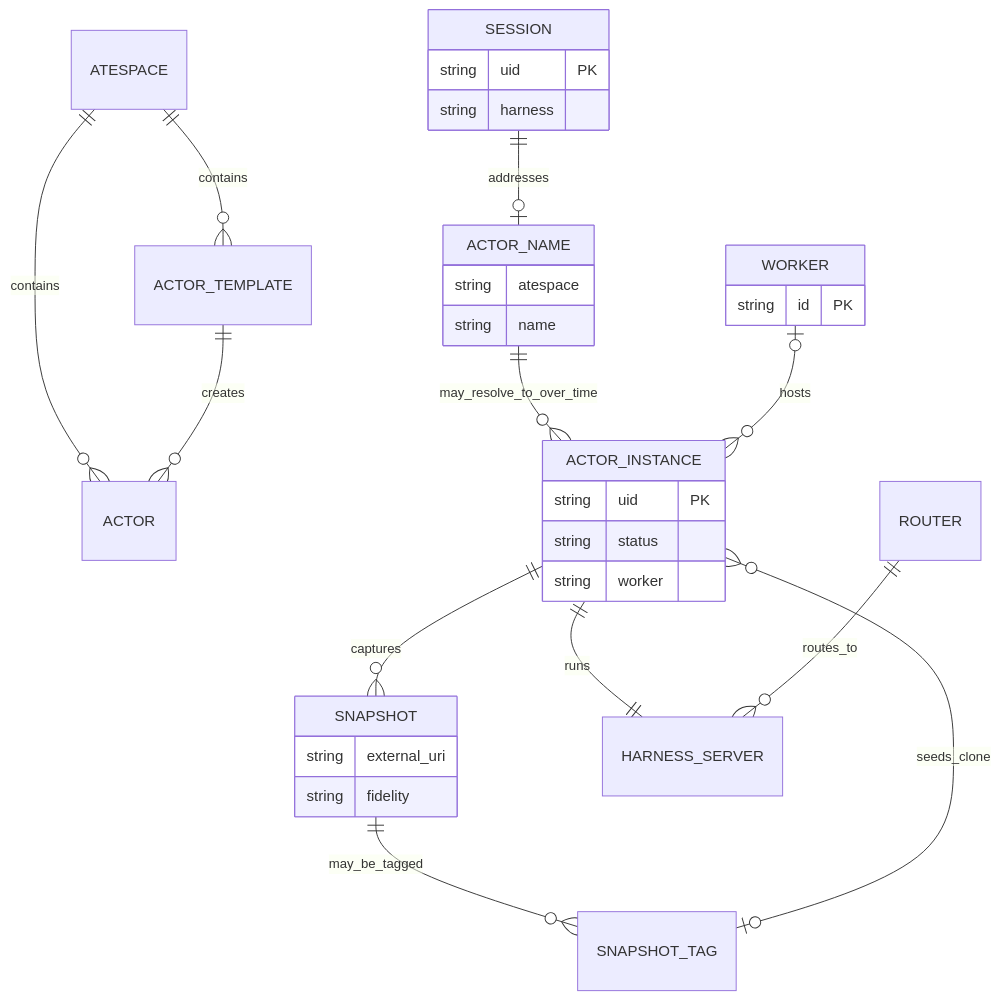
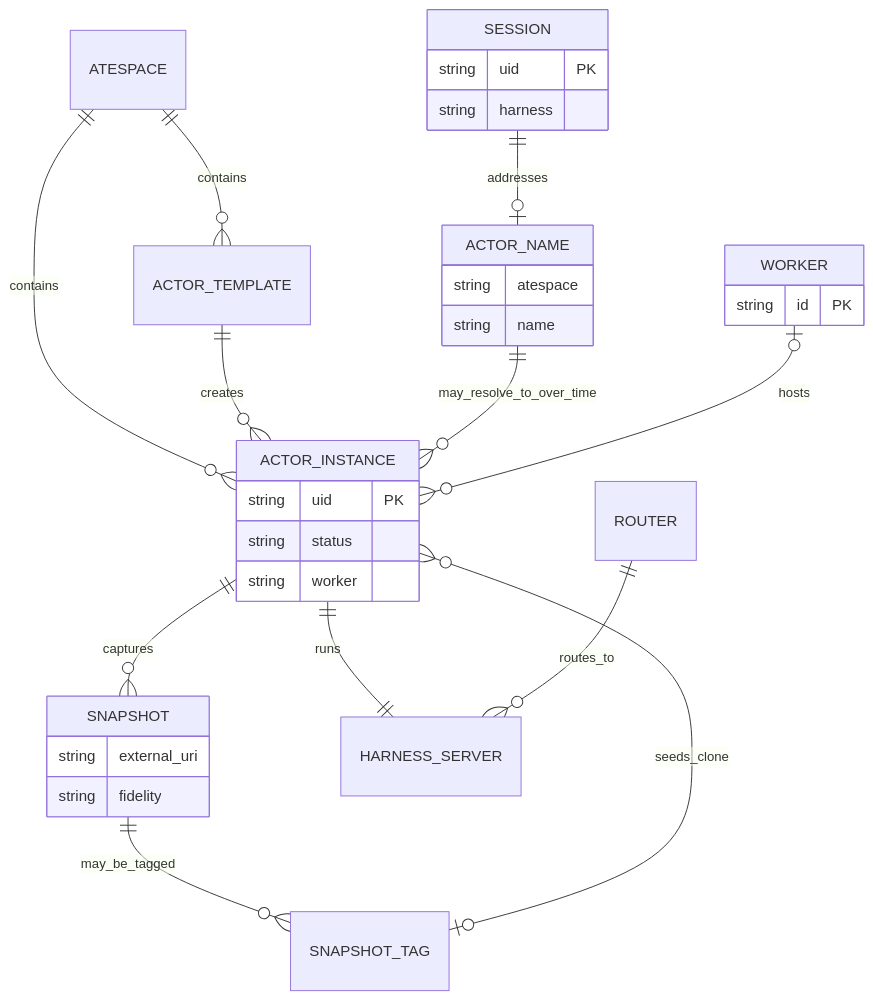
Before and after one commit to agent-primitives/sessions: the third of 3 diagrams in docs/session-data-model.md, drawn with Mermaid. The commit also changed other lines of this file, not shown here.

Commit message:
docs: connect substrate actor instances

````diff
--- a/docs/session-data-model.md
+++ b/docs/session-data-model.md
@@ -291,39 +291,39 @@
 ```mermaid
 erDiagram
   ATESPACE ||--o{ ACTOR_TEMPLATE : contains
-  ATESPACE ||--o{ ACTOR : contains
-  ACTOR_TEMPLATE ||--o{ ACTOR : creates
+  ATESPACE ||--o{ ACTOR_INSTANCE : contains
+  ACTOR_TEMPLATE ||--o{ ACTOR_INSTANCE : creates
   SESSION ||--o| ACTOR_NAME : addresses
   ACTOR_NAME ||--o{ ACTOR_INSTANCE : may_resolve_to_over_time
   WORKER o|--o{ ACTOR_INSTANCE : hosts
   ACTOR_INSTANCE ||--o{ SNAPSHOT : captures
   ACTOR_INSTANCE ||--|| HARNESS_SERVER : runs
   ROUTER ||--o{ HARNESS_SERVER : routes_to
   SNAPSHOT ||--o{ SNAPSHOT_TAG : may_be_tagged
   SNAPSHOT_TAG o|--o{ ACTOR_INSTANCE : seeds_clone
 
   SESSION {
     string uid PK
     string harness
   }
 
   ACTOR_NAME {
     string atespace
     string name
   }
 
   ACTOR_INSTANCE {
     string uid PK
     string status
     string worker
   }
 
   WORKER {
     string id PK
   }
 
   SNAPSHOT {
     string external_uri
     string fidelity
   }
 ```
````
